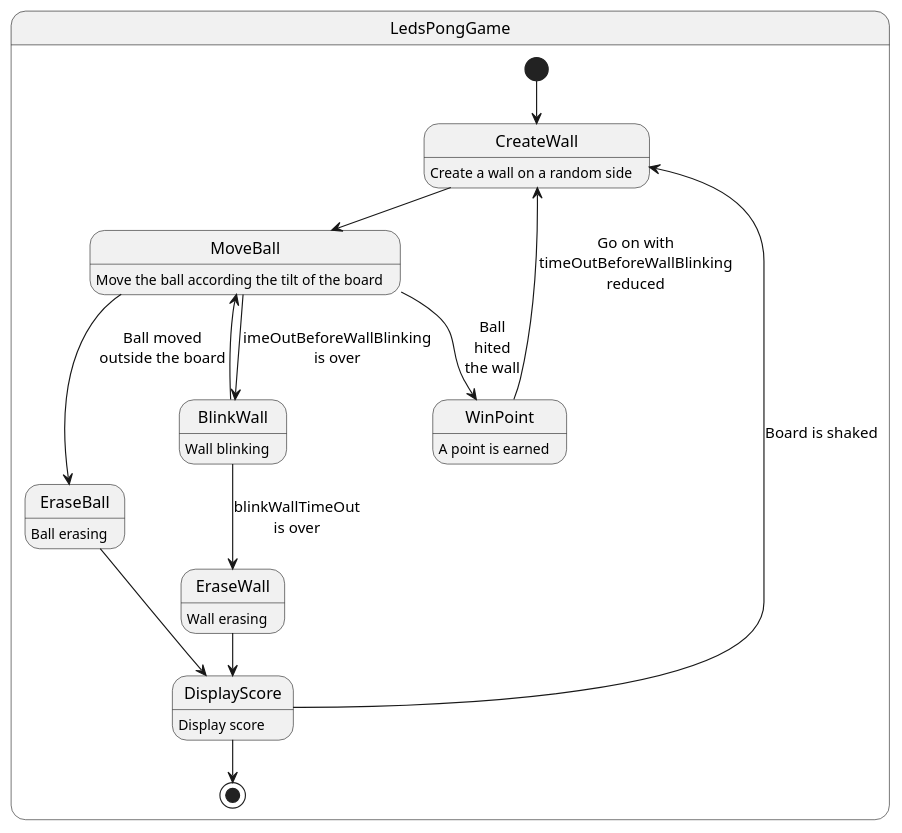
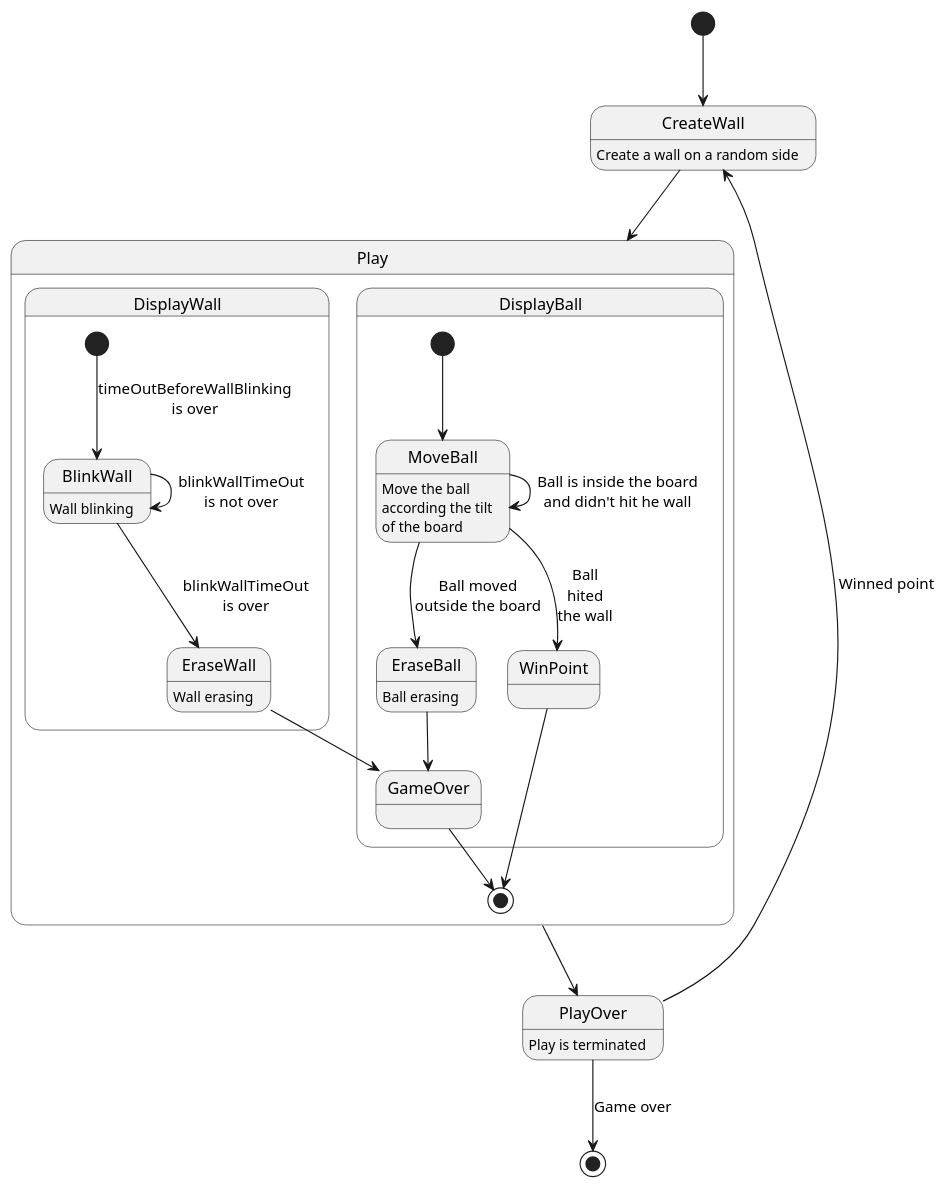
Before and after one commit to jebissey/GamesOfSkill: the diagram in Arduino-nano/LedsPong/LedsPong.puml, drawn with PlantUML. The commit also changed 1 other file, not shown here.

```diff
--- a/Arduino-nano/LedsPong/LedsPong.puml
+++ b/Arduino-nano/LedsPong/LedsPong.puml
@@ -1,30 +1,36 @@
 @startuml
-state LedsPongGame {
-    [*] --> CreateWall
-    CreateWall : Create a wall on a random side
-    CreateWall --> MoveBall 
-    
-    MoveBall --> BlinkWall : imeOutBeforeWallBlinking\nis over
-    MoveBall : Move the ball according the tilt of the board
-    MoveBall --> WinPoint : Ball\nhited\nthe wall
-    MoveBall --> EraseBall : Ball moved\noutside the board
-    
-    WinPoint : A point is earned
-    WinPoint --> CreateWall : Go on with\ntimeOutBeforeWallBlinking\nreduced
 
-    
-    BlinkWall : Wall blinking
-    BlinkWall --> MoveBall 
-    BlinkWall --> EraseWall  : blinkWallTimeOut\nis over
-    
-    EraseWall : Wall erasing
-    EraseWall --> DisplayScore 
-        
-    EraseBall : Ball erasing
-    EraseBall --> DisplayScore 
+[*] --> CreateWall
+CreateWall : Create a wall on a random side
 
-    DisplayScore : Display score
-    DisplayScore --> CreateWall : Board is shaked
-    DisplayScore --> [*]
+CreateWall --> Play 
+state Play {
+    state DisplayBall {
+        [*] --> MoveBall
+        MoveBall : Move the ball\naccording the tilt\nof the board
+        MoveBall --> MoveBall : Ball is inside the board\nand didn't hit he wall
+        MoveBall --> WinPoint : Ball\nhited\nthe wall
+
+        MoveBall -->  EraseBall :  Ball moved\noutside the board
+        EraseBall : Ball erasing
+        EraseBall --> GameOver
+    }
+    state DisplayWall {
+        [*] --> BlinkWall : timeOutBeforeWallBlinking\nis over
+        BlinkWall : Wall blinking
+        BlinkWall --> EraseWall : blinkWallTimeOut\nis over
+        BlinkWall --> BlinkWall : blinkWallTimeOut\nis not over
+
+        EraseWall : Wall erasing
+        EraseWall --> GameOver
+    }
+    WinPoint --> [*]
+    GameOver --> [*]
 }
+Play -down-> PlayOver
+
+PlayOver : Play is terminated
+PlayOver --> CreateWall : Winned point
+PlayOver --> [*] : Game over
+
 @enduml
```
